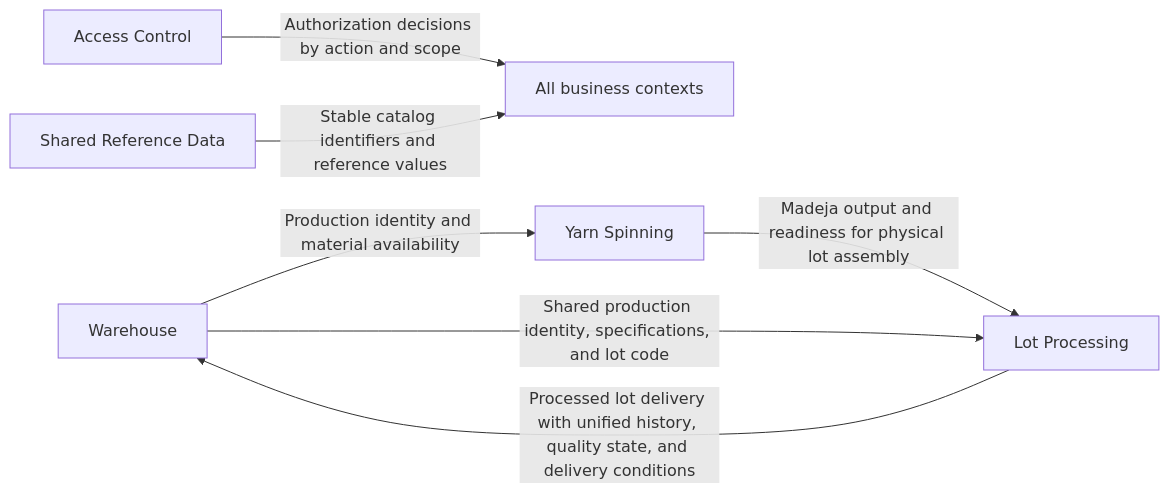
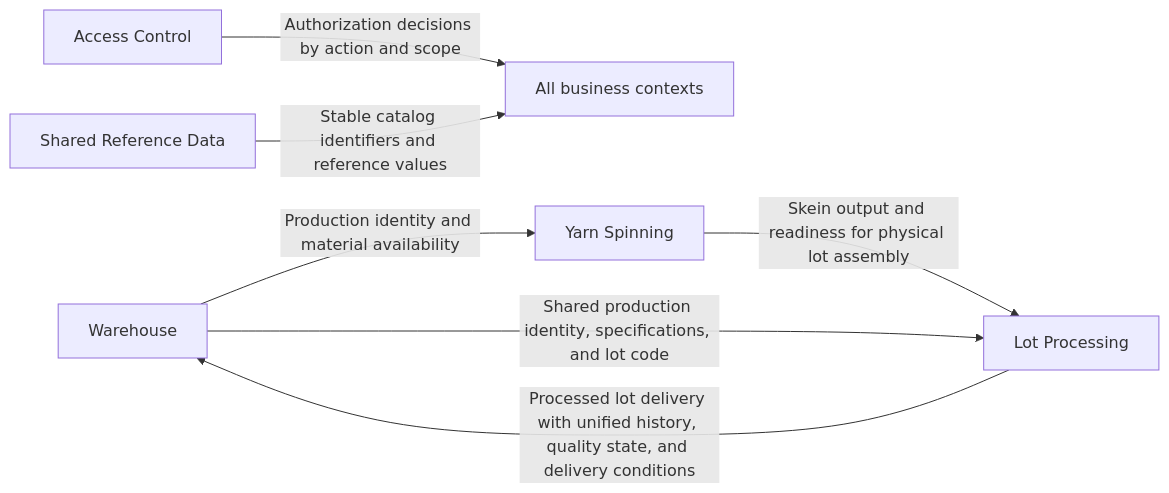
The diagram in docs/architecture/context-boundaries-and-ownership.md (luiscm17/yarn-epr), drawn with Mermaid before and after one commit. The commit also changed other lines of this file and 3 other files, not shown here.

Commit message:
docs(arch): align terminology with PRDs across architecture docs

````diff
--- a/docs/architecture/context-boundaries-and-ownership.md
+++ b/docs/architecture/context-boundaries-and-ownership.md
@@ -149,16 +149,16 @@
 ```mermaid
 flowchart LR
     W[Warehouse]
     YS[Yarn Spinning]
     LP[Lot Processing]
     AC[Access Control]
     SRD[Shared Reference Data]
     ALL[All business contexts]
 
     W -->|Production identity and material availability| YS
     W -->|Shared production identity, specifications, and lot code| LP
-    YS -->|Madeja output and readiness for physical lot assembly| LP
+    YS -->|Skein output and readiness for physical lot assembly| LP
     LP -->|Processed lot delivery with unified history, quality state, and delivery conditions| W
     AC -->|Authorization decisions by action and scope| ALL
     SRD -->|Stable catalog identifiers and reference values| ALL
 ```
````
